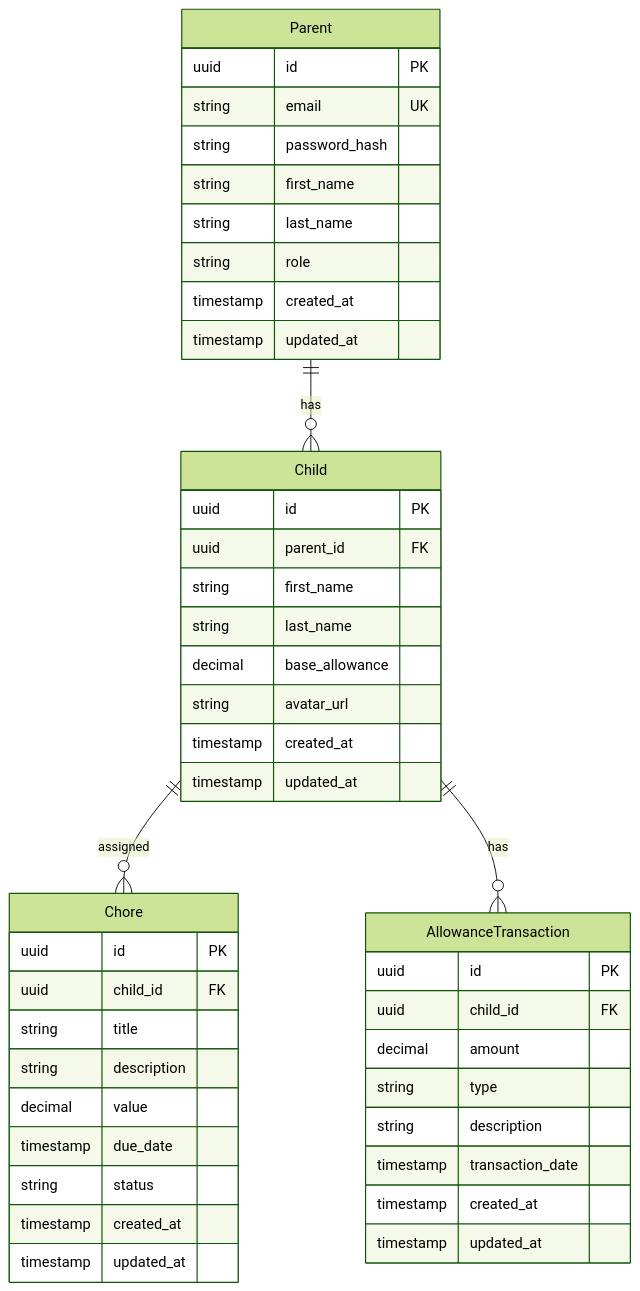
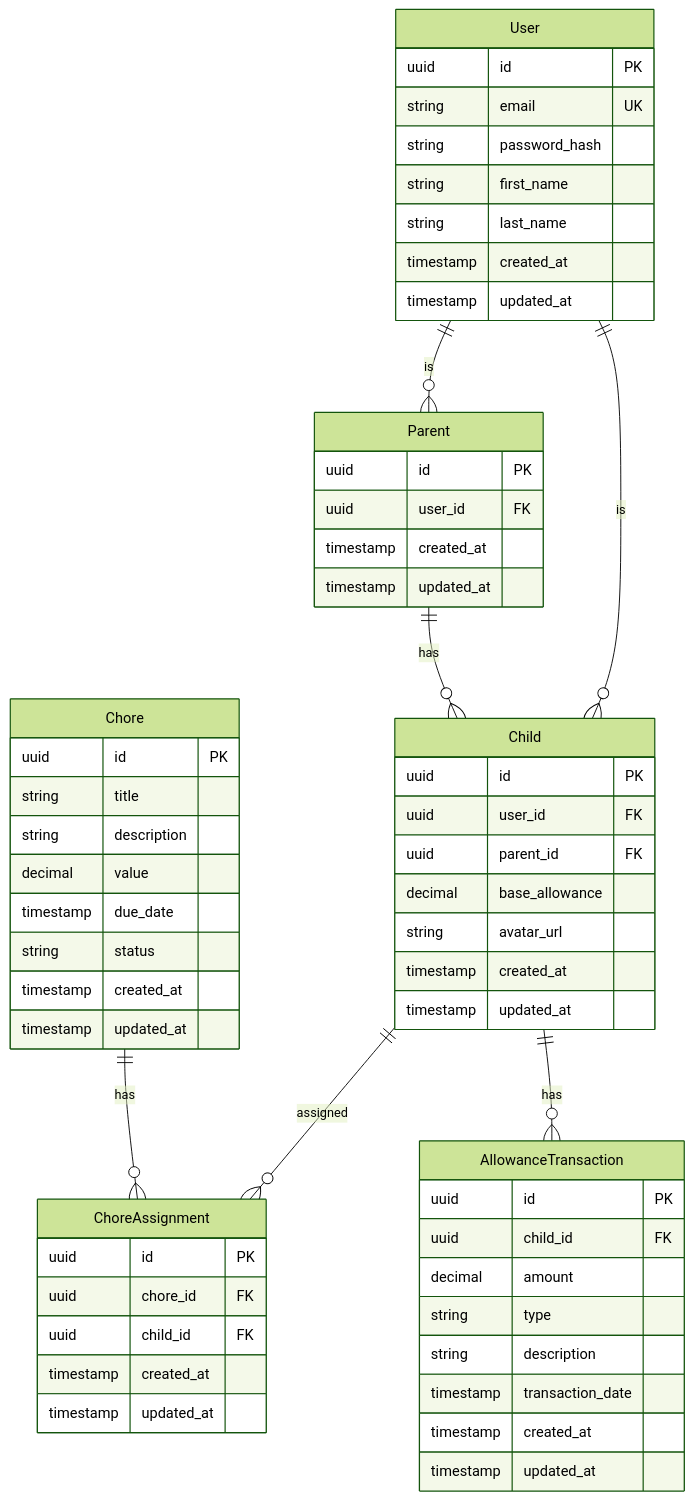
One commit to jermbo/ChoreChart changed the diagram in docs/DatabaseSchema.md. Above: the diagram before and after it, drawn with Mermaid (forest theme). The commit also changed other lines of this file and 6 other files, not shown here.

````diff
--- a/docs/DatabaseSchema.md
+++ b/docs/DatabaseSchema.md
@@ -5,51 +5,66 @@
 ```mermaid
 erDiagram
-    Parent {
+    User {
         uuid id PK
         string email UK
         string password_hash
         string first_name
         string last_name
-        string role
+        timestamp created_at
+        timestamp updated_at
+    }
+
+    Parent {
+        uuid id PK
+        uuid user_id FK
         timestamp created_at
         timestamp updated_at
     }
 
     Child {
         uuid id PK
+        uuid user_id FK
         uuid parent_id FK
-        string first_name
-        string last_name
         decimal base_allowance
         string avatar_url
         timestamp created_at
         timestamp updated_at
     }
 
     Chore {
         uuid id PK
-        uuid child_id FK
         string title
         string description
         decimal value
         timestamp due_date
         string status
+        timestamp created_at
+        timestamp updated_at
+    }
+
+    ChoreAssignment {
+        uuid id PK
+        uuid chore_id FK
+        uuid child_id FK
         timestamp created_at
         timestamp updated_at
     }
 
     AllowanceTransaction {
         uuid id PK
         uuid child_id FK
         decimal amount
         string type
         string description
         timestamp transaction_date
         timestamp created_at
         timestamp updated_at
     }
 
+    User ||--o{ Parent : "is"
+    User ||--o{ Child : "is"
     Parent ||--o{ Child : "has"
-    Child ||--o{ Chore : "assigned"
+    Child ||--o{ ChoreAssignment : "assigned"
+    Chore ||--o{ ChoreAssignment : "has"
     Child ||--o{ AllowanceTransaction : "has"
 ```
````
